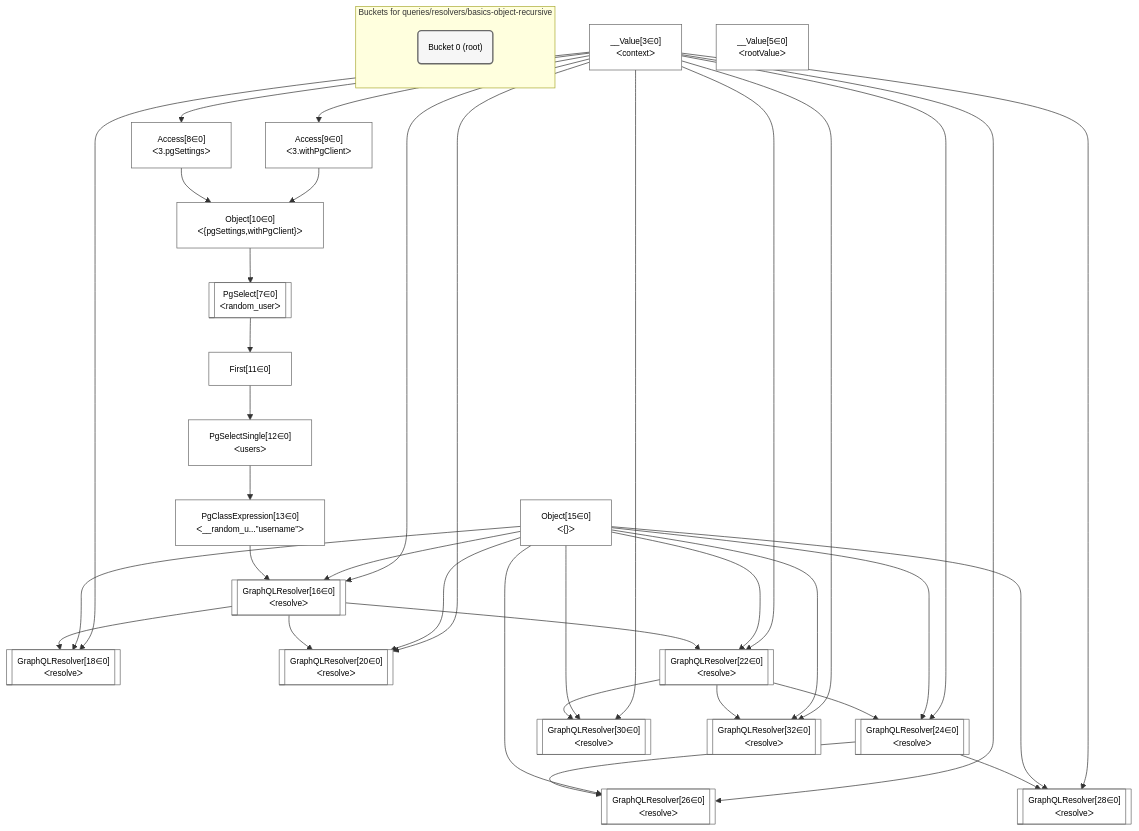
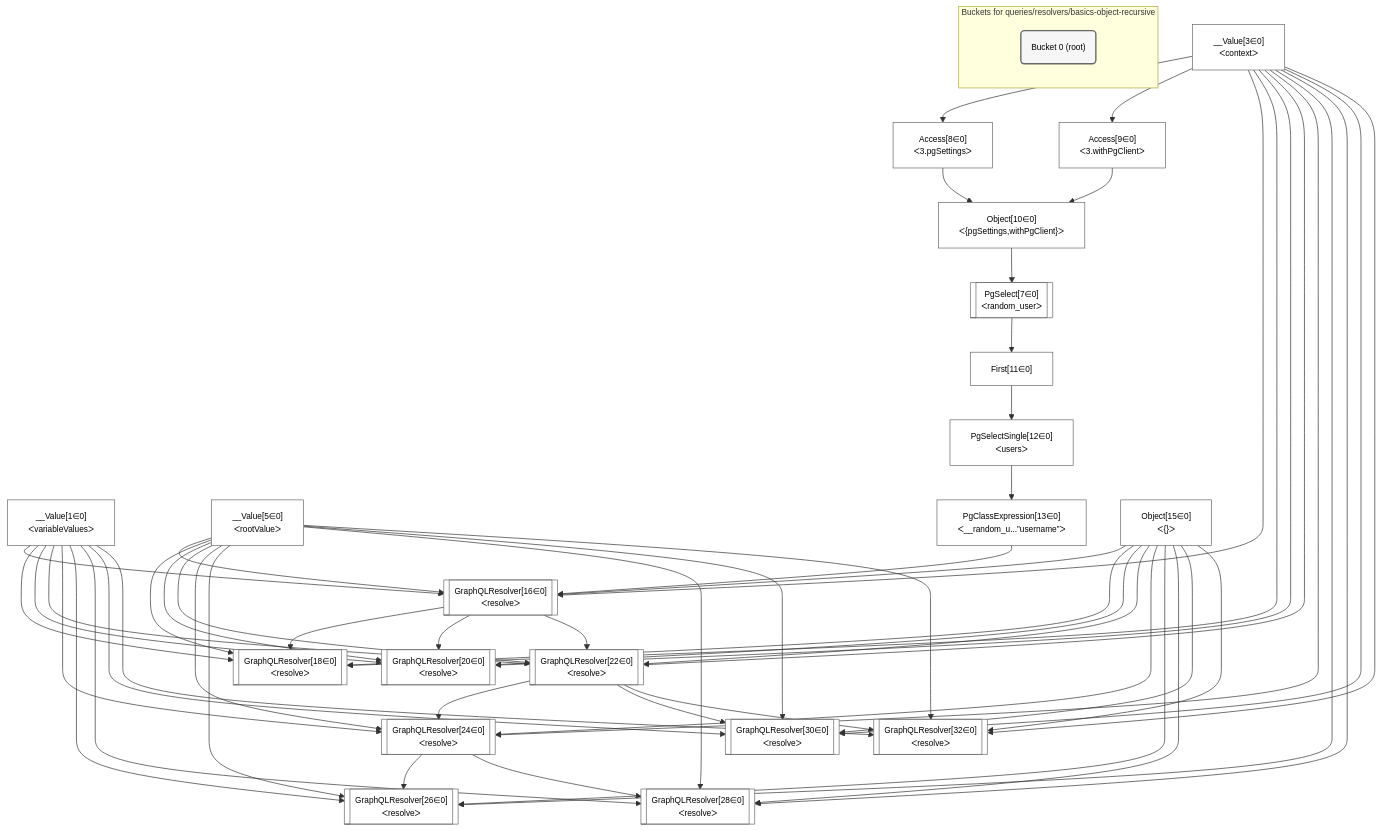
Before and after one commit to graphile/crystal: the diagram in grafast/dataplan-pg/__tests__/queries/resolvers/basics-object-recursive.mermaid, drawn with Mermaid. The commit also changed 3 other files, not shown here.

```diff
--- a/grafast/dataplan-pg/__tests__/queries/resolvers/basics-object-recursive.mermaid
+++ b/grafast/dataplan-pg/__tests__/queries/resolvers/basics-object-recursive.mermaid
@@ -1,53 +1,54 @@
 %%{init: {'themeVariables': { 'fontSize': '12px'}}}%%
 graph TD
     classDef path fill:#eee,stroke:#000,color:#000
     classDef plan fill:#fff,stroke-width:1px,color:#000
     classDef itemplan fill:#fff,stroke-width:2px,color:#000
     classDef sideeffectplan fill:#f00,stroke-width:2px,color:#000
     classDef bucket fill:#f6f6f6,color:#000,stroke-width:2px,text-align:left
 
 
     %% define steps
+    __Value1["__Value[1∈0]<br />ᐸvariableValuesᐳ"]:::plan
     __Value3["__Value[3∈0]<br />ᐸcontextᐳ"]:::plan
     __Value5["__Value[5∈0]<br />ᐸrootValueᐳ"]:::plan
     Access8["Access[8∈0]<br />ᐸ3.pgSettingsᐳ"]:::plan
     Access9["Access[9∈0]<br />ᐸ3.withPgClientᐳ"]:::plan
     Object10["Object[10∈0]<br />ᐸ{pgSettings,withPgClient}ᐳ"]:::plan
     PgSelect7[["PgSelect[7∈0]<br />ᐸrandom_userᐳ"]]:::plan
     First11["First[11∈0]"]:::plan
     PgSelectSingle12["PgSelectSingle[12∈0]<br />ᐸusersᐳ"]:::plan
     PgClassExpression13["PgClassExpression[13∈0]<br />ᐸ__random_u...”username”ᐳ"]:::plan
     Object15["Object[15∈0]<br />ᐸ{}ᐳ"]:::plan
     GraphQLResolver16[["GraphQLResolver[16∈0]<br />ᐸresolveᐳ"]]:::plan
     GraphQLResolver18[["GraphQLResolver[18∈0]<br />ᐸresolveᐳ"]]:::plan
     GraphQLResolver20[["GraphQLResolver[20∈0]<br />ᐸresolveᐳ"]]:::plan
     GraphQLResolver22[["GraphQLResolver[22∈0]<br />ᐸresolveᐳ"]]:::plan
     GraphQLResolver24[["GraphQLResolver[24∈0]<br />ᐸresolveᐳ"]]:::plan
     GraphQLResolver26[["GraphQLResolver[26∈0]<br />ᐸresolveᐳ"]]:::plan
     GraphQLResolver28[["GraphQLResolver[28∈0]<br />ᐸresolveᐳ"]]:::plan
     GraphQLResolver30[["GraphQLResolver[30∈0]<br />ᐸresolveᐳ"]]:::plan
     GraphQLResolver32[["GraphQLResolver[32∈0]<br />ᐸresolveᐳ"]]:::plan
 
     %% plan dependencies
     __Value3 --> Access8
     __Value3 --> Access9
     Access8 & Access9 --> Object10
     Object10 --> PgSelect7
     PgSelect7 --> First11
     First11 --> PgSelectSingle12
     PgSelectSingle12 --> PgClassExpression13
-    PgClassExpression13 & Object15 & __Value3 --> GraphQLResolver16
-    GraphQLResolver16 & Object15 & __Value3 --> GraphQLResolver18
-    GraphQLResolver16 & Object15 & __Value3 --> GraphQLResolver20
-    GraphQLResolver16 & Object15 & __Value3 --> GraphQLResolver22
-    GraphQLResolver22 & Object15 & __Value3 --> GraphQLResolver24
-    GraphQLResolver24 & Object15 & __Value3 --> GraphQLResolver26
-    GraphQLResolver24 & Object15 & __Value3 --> GraphQLResolver28
-    GraphQLResolver22 & Object15 & __Value3 --> GraphQLResolver30
-    GraphQLResolver22 & Object15 & __Value3 --> GraphQLResolver32
+    PgClassExpression13 & Object15 & __Value3 & __Value1 & __Value5 --> GraphQLResolver16
+    GraphQLResolver16 & Object15 & __Value3 & __Value1 & __Value5 --> GraphQLResolver18
+    GraphQLResolver16 & Object15 & __Value3 & __Value1 & __Value5 --> GraphQLResolver20
+    GraphQLResolver16 & Object15 & __Value3 & __Value1 & __Value5 --> GraphQLResolver22
+    GraphQLResolver22 & Object15 & __Value3 & __Value1 & __Value5 --> GraphQLResolver24
+    GraphQLResolver24 & Object15 & __Value3 & __Value1 & __Value5 --> GraphQLResolver26
+    GraphQLResolver24 & Object15 & __Value3 & __Value1 & __Value5 --> GraphQLResolver28
+    GraphQLResolver22 & Object15 & __Value3 & __Value1 & __Value5 --> GraphQLResolver30
+    GraphQLResolver22 & Object15 & __Value3 & __Value1 & __Value5 --> GraphQLResolver32
 
     subgraph "Buckets for queries/resolvers/basics-object-recursive"
     Bucket0("Bucket 0 (root)"):::bucket
     classDef bucket0 stroke:#696969
-    class Bucket0,__Value3,__Value5,PgSelect7,Access8,Access9,Object10,First11,PgSelectSingle12,PgClassExpression13,Object15,GraphQLResolver16,GraphQLResolver18,GraphQLResolver20,GraphQLResolver22,GraphQLResolver24,GraphQLResolver26,GraphQLResolver28,GraphQLResolver30,GraphQLResolver32 bucket0
+    class Bucket0,__Value1,__Value3,__Value5,PgSelect7,Access8,Access9,Object10,First11,PgSelectSingle12,PgClassExpression13,Object15,GraphQLResolver16,GraphQLResolver18,GraphQLResolver20,GraphQLResolver22,GraphQLResolver24,GraphQLResolver26,GraphQLResolver28,GraphQLResolver30,GraphQLResolver32 bucket0
     end
```
